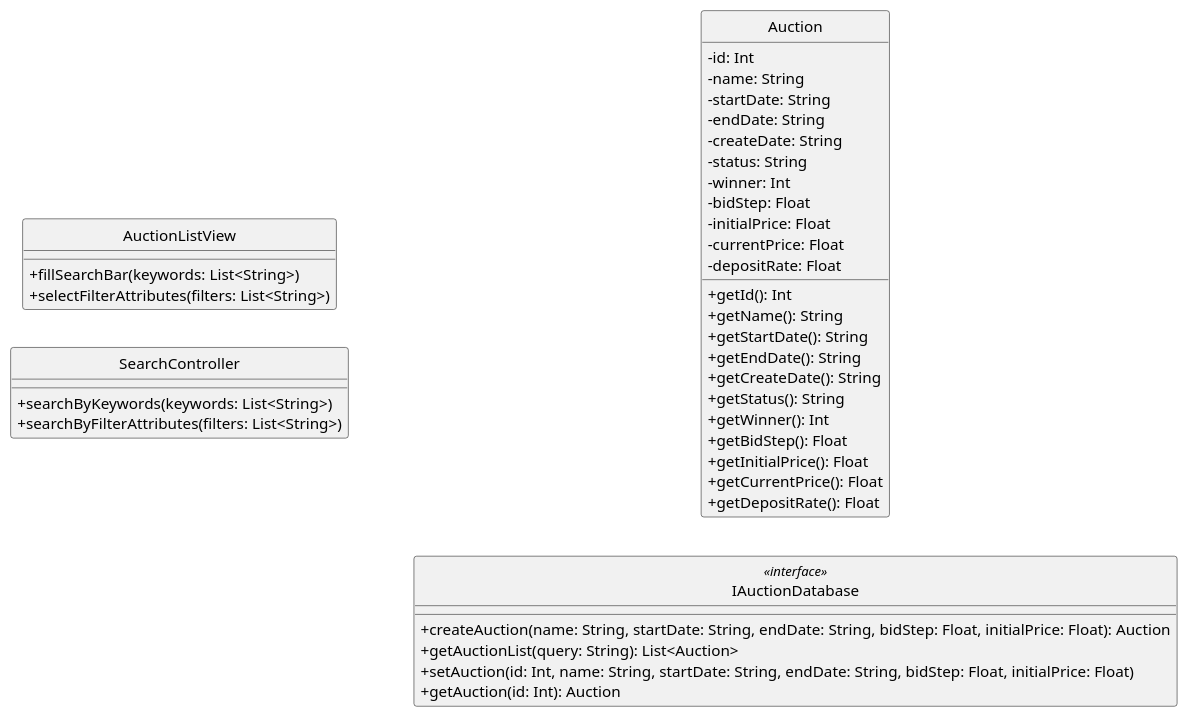
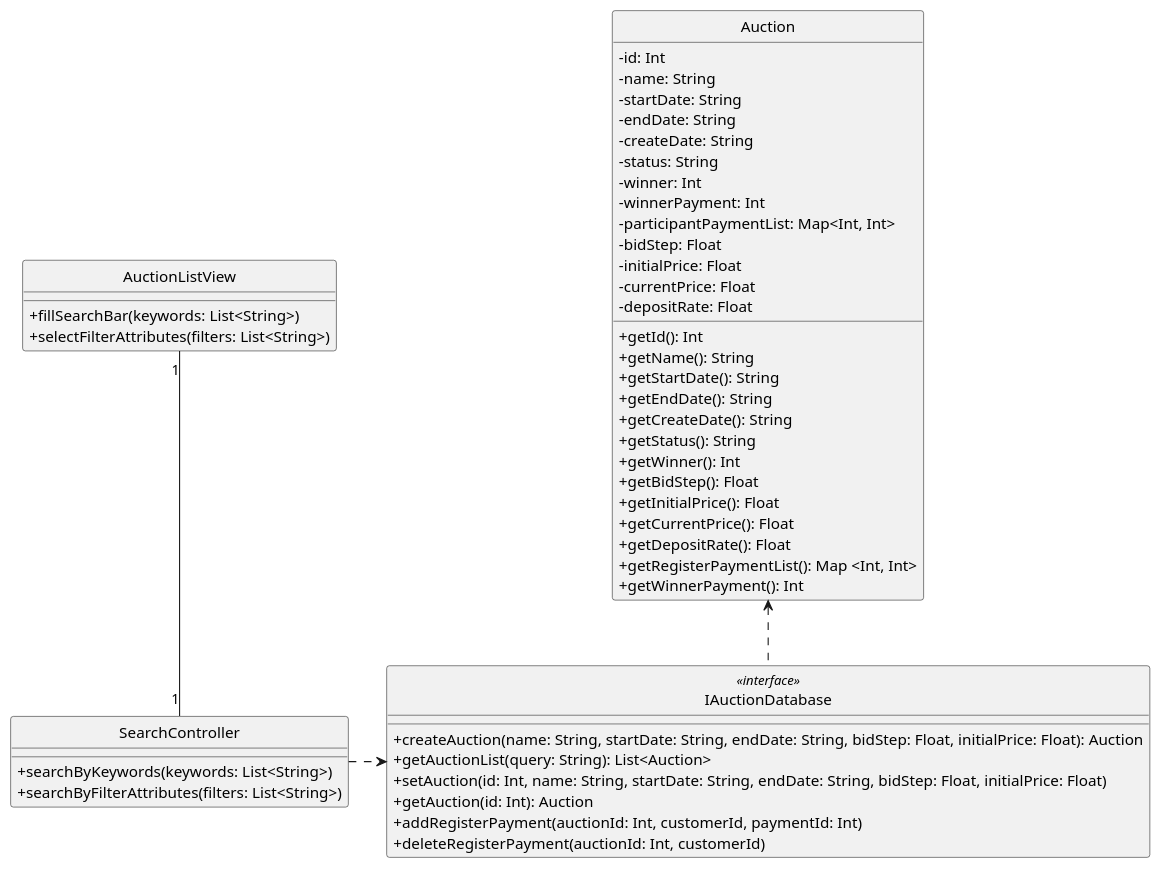
The diagram in uml/design/class/linh/search_for_auction.pu (anhbanlinhle/velocity-exchange), drawn with PlantUML before and after one commit. The commit also changed 5 other files, not shown here.

```diff
--- a/uml/design/class/linh/search_for_auction.pu
+++ b/uml/design/class/linh/search_for_auction.pu
@@ -1,54 +1,64 @@
 @startuml 
 skinparam classAttributeIconSize 0
 skinparam linetype ortho
-left to right direction
 hide circle
 class AuctionListView {
 
     + fillSearchBar(keywords: List<String>)
     + selectFilterAttributes(filters: List<String>)
 
     }
 
 class SearchController {
     
     + searchByKeywords(keywords: List<String>)
     + searchByFilterAttributes(filters: List<String>)
 
     }
 
 class Auction {
     - id: Int
     - name: String
     - startDate: String
     - endDate: String
     - createDate: String
     - status: String
     - winner: Int
+    - winnerPayment: Int
+    - participantPaymentList: Map<Int, Int>
     - bidStep: Float
     - initialPrice: Float
     - currentPrice: Float
     - depositRate: Float
 
     + getId(): Int
     + getName(): String
     + getStartDate(): String
     + getEndDate(): String
     + getCreateDate(): String
     + getStatus(): String
     + getWinner(): Int
     + getBidStep(): Float
     + getInitialPrice(): Float
     + getCurrentPrice(): Float
     + getDepositRate(): Float
+    + getRegisterPaymentList(): Map <Int, Int>
+    + getWinnerPayment(): Int
     }
 
 class IAuctionDatabase <<interface>> {
     + createAuction(name: String, startDate: String, endDate: String, bidStep: Float, initialPrice: Float): Auction
     + getAuctionList(query: String): List<Auction>
     + setAuction(id: Int, name: String, startDate: String, endDate: String, bidStep: Float, initialPrice: Float)
     + getAuction(id: Int): Auction
+    + addRegisterPayment(auctionId: Int, customerId, paymentId: Int)
+    + deleteRegisterPayment(auctionId: Int, customerId)
 }
 
+AuctionListView "1" -- "1" SearchController
+
+SearchController ..r> IAuctionDatabase
+
+IAuctionDatabase ..u> Auction
 
 @enduml
```
